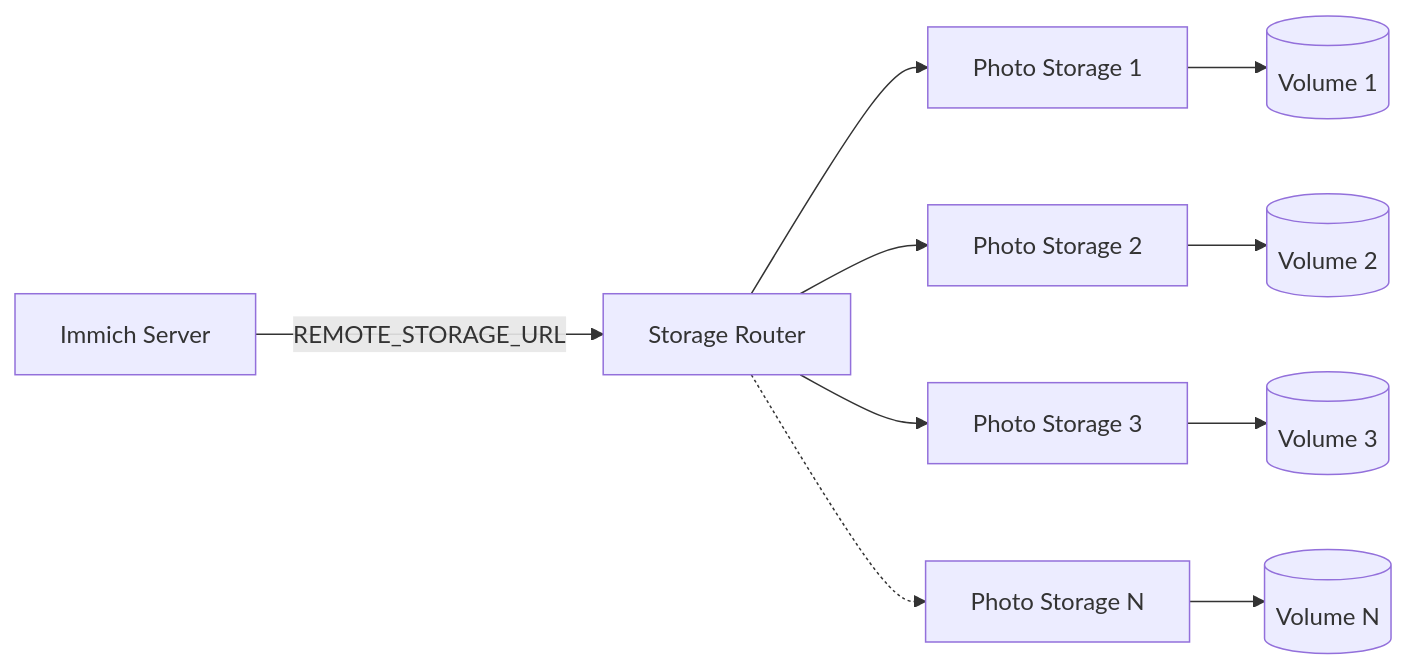
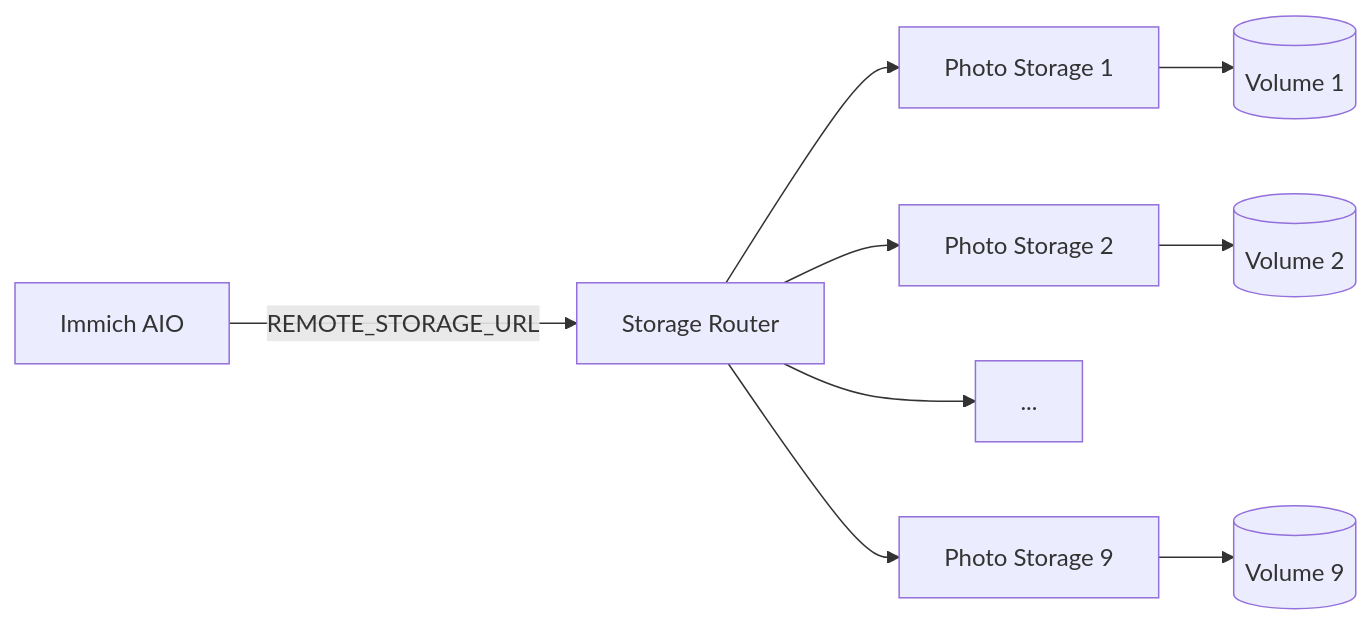
One commit to bowardzhang/immich changed the diagram in storage-router/README.md. Above: the diagram before and after it, drawn with Mermaid. The commit also changed other lines of this file, not shown here.

Commit message:
docs(storage): document fixed serverless node pool and retire auto provisioning

````diff
--- a/storage-router/README.md
+++ b/storage-router/README.md
@@ -9,12 +9,11 @@
 ```mermaid
 flowchart LR
-    I[Immich Server] -->|REMOTE_STORAGE_URL| R[Storage Router]
+    I[Immich AIO] -->|REMOTE_STORAGE_URL| R[Storage Router]
     R --> S1[Photo Storage 1]
     R --> S2[Photo Storage 2]
-    R --> S3[Photo Storage 3]
-    R -.-> SN[Photo Storage N]
+    R --> S3[...]
+    R --> S9[Photo Storage 9]
     S1 --> V1[(Volume 1)]
     S2 --> V2[(Volume 2)]
-    S3 --> V3[(Volume 3)]
-    SN --> VN[(Volume N)]
+    S9 --> V9[(Volume 9)]
 ```
````
